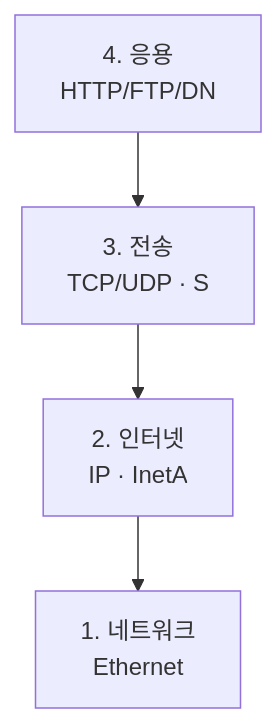
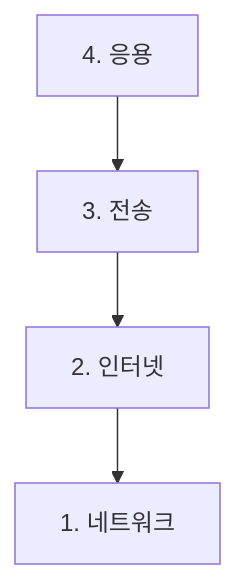
One commit to yjkim2015/yjkim2015.github.io changed the first of 5 diagrams in _posts/java/2026-05-01-java-network.md. Above: the diagram before and after it, drawn with Mermaid. The commit also changed 217 other files, not shown here.

First line of the commit message:
Mermaid 크기 수정: useMaxWidth:true + SVG max-width:100% + 라벨 축소

````diff
--- a/_posts/java/2026-05-01-java-network.md
+++ b/_posts/java/2026-05-01-java-network.md
@@ -22,6 +22,6 @@
 ```mermaid
 graph TD
-    A["4. 응용\nHTTP/FTP/DN"] --> B["3. 전송\nTCP/UDP · S"]
-    B --> C["2. 인터넷\nIP · InetA"]
-    C --> D["1. 네트워크\nEthernet"]
+    A["4. 응용"] --> B["3. 전송"]
+    B --> C["2. 인터넷"]
+    C --> D["1. 네트워크"]
 ```
````
